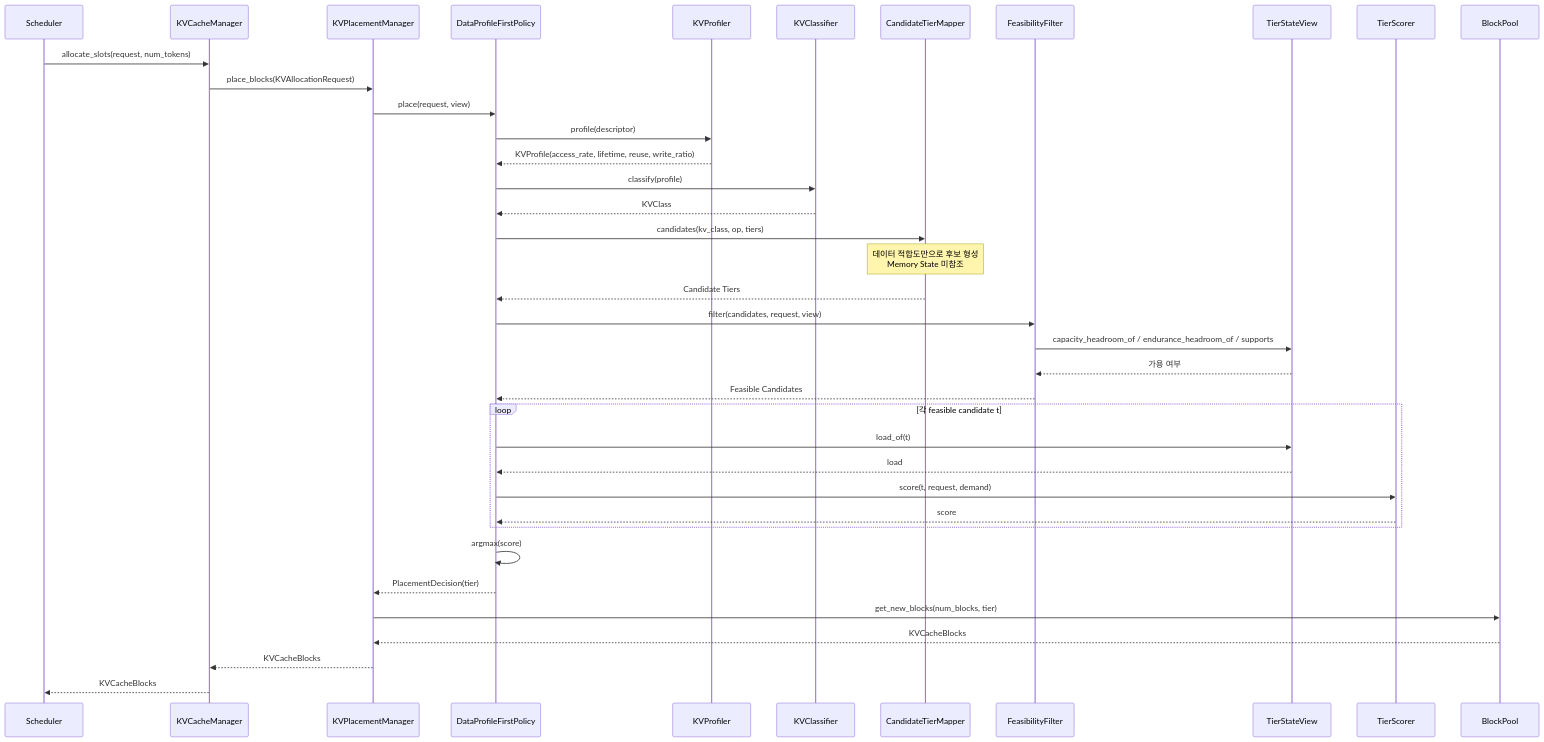
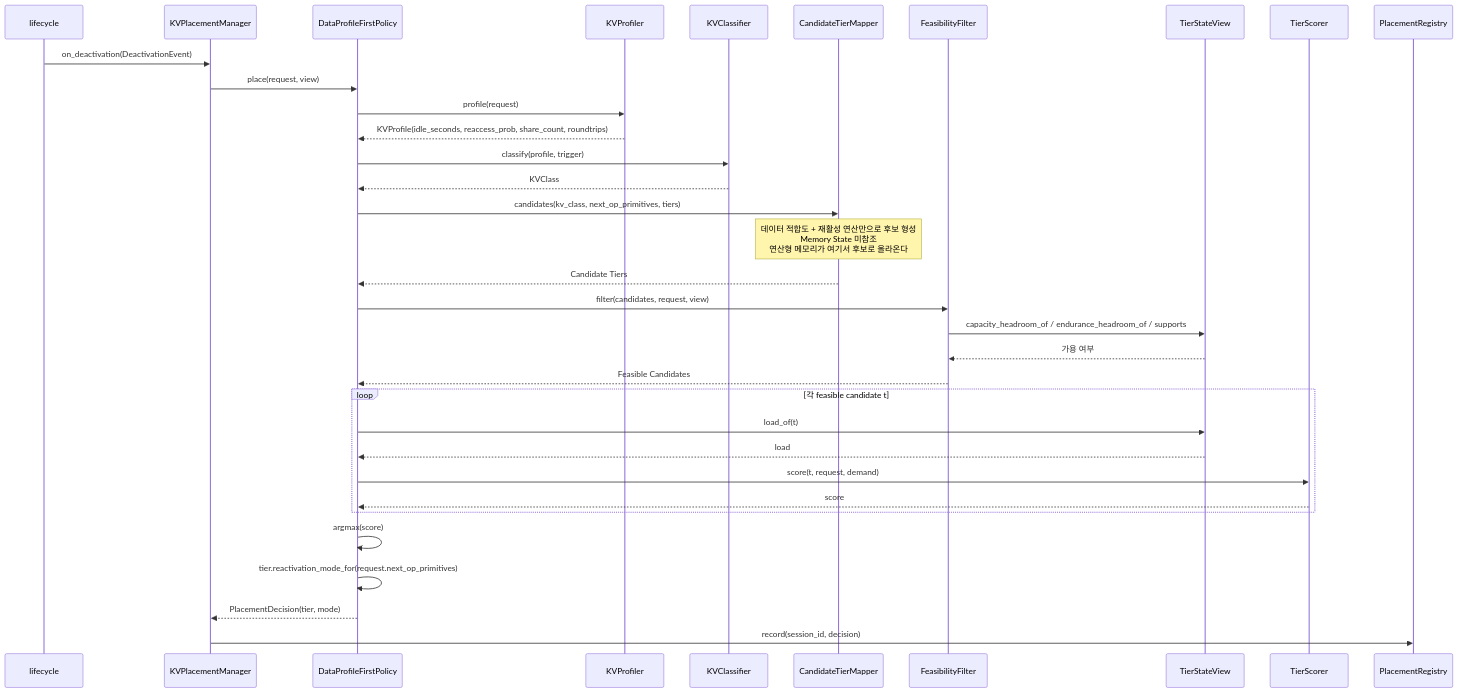
The sixth of 8 diagrams in doc-architect/dp1-implementation-uml.md (mkim0628/vllm), drawn with Mermaid before and after one commit. The commit also changed other lines of this file and 2 other files, not shown here.

````diff
--- a/doc-architect/dp1-implementation-uml.md
+++ b/doc-architect/dp1-implementation-uml.md
@@ -340,46 +405,41 @@
 ```mermaid
 sequenceDiagram
-    participant Sched as Scheduler
-    participant KVM as KVCacheManager
+    participant LC as lifecycle
     participant Mgr as KVPlacementManager
     participant Pol as DataProfileFirstPolicy
     participant Prof as KVProfiler
     participant Cls as KVClassifier
     participant Map as CandidateTierMapper
     participant Feas as FeasibilityFilter
     participant View as TierStateView
     participant Scorer as TierScorer
-    participant Pool as BlockPool
+    participant Reg as PlacementRegistry
 
-    Sched->>KVM: allocate_slots(request, num_tokens)
-    KVM->>Mgr: place_blocks(KVAllocationRequest)
+    LC->>Mgr: on_deactivation(DeactivationEvent)
     Mgr->>Pol: place(request, view)
 
-    Pol->>Prof: profile(descriptor)
-    Prof-->>Pol: KVProfile(access_rate, lifetime, reuse, write_ratio)
-    Pol->>Cls: classify(profile)
+    Pol->>Prof: profile(request)
+    Prof-->>Pol: KVProfile(idle_seconds, reaccess_prob, share_count, roundtrips)
+    Pol->>Cls: classify(profile, trigger)
     Cls-->>Pol: KVClass
 
-    Pol->>Map: candidates(kv_class, op, tiers)
-    Note over Map: 데이터 적합도만으로 후보 형성<br/>Memory State 미참조
+    Pol->>Map: candidates(kv_class, next_op_primitives, tiers)
+    Note over Map: 데이터 적합도 + 재활성 연산만으로 후보 형성<br/>Memory State 미참조<br/>연산형 메모리가 여기서 후보로 올라온다
     Map-->>Pol: Candidate Tiers
 
     Pol->>Feas: filter(candidates, request, view)
     Feas->>View: capacity_headroom_of / endurance_headroom_of / supports
     View-->>Feas: 가용 여부
     Feas-->>Pol: Feasible Candidates
 
     loop 각 feasible candidate t
         Pol->>View: load_of(t)
         View-->>Pol: load
         Pol->>Scorer: score(t, request, demand)
         Scorer-->>Pol: score
     end
     Pol->>Pol: argmax(score)
-    Pol-->>Mgr: PlacementDecision(tier)
-
-    Mgr->>Pool: get_new_blocks(num_blocks, tier)
-    Pool-->>Mgr: KVCacheBlocks
-    Mgr-->>KVM: KVCacheBlocks
-    KVM-->>Sched: KVCacheBlocks
+    Pol->>Pol: tier.reactivation_mode_for(request.next_op_primitives)
+    Pol-->>Mgr: PlacementDecision(tier, mode)
+    Mgr->>Reg: record(session_id, decision)
 ```
````
